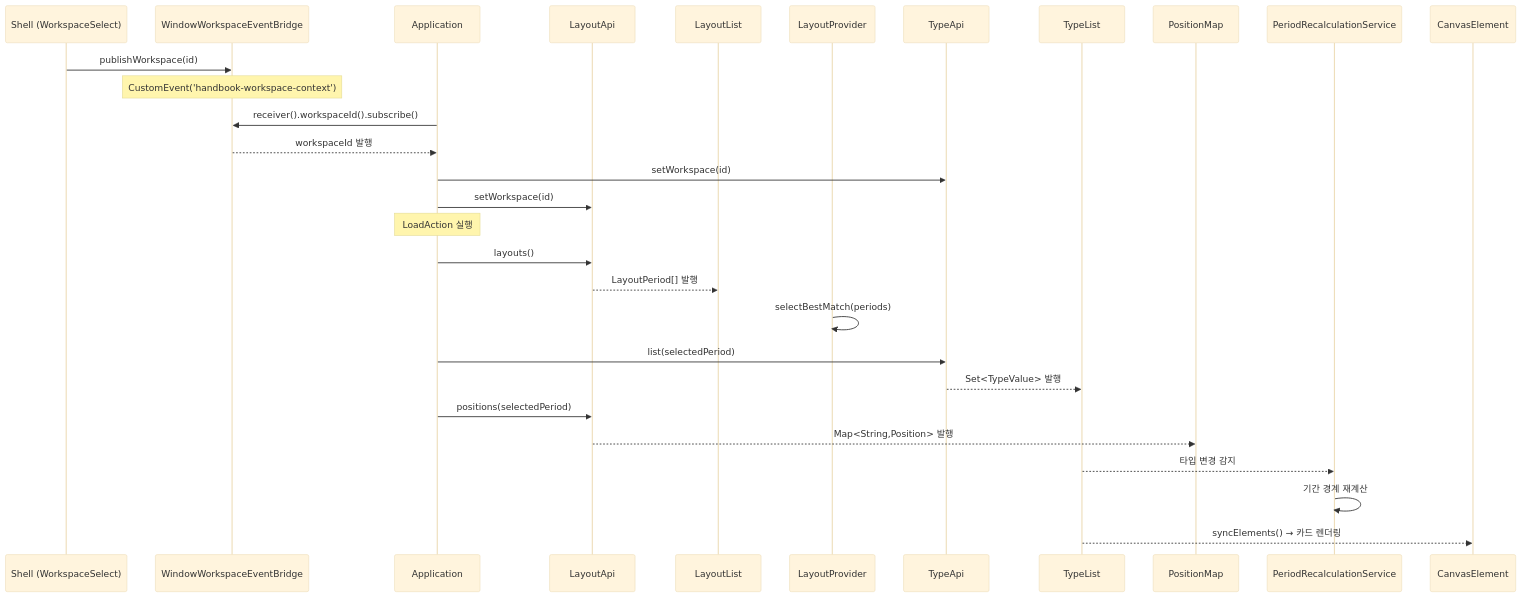
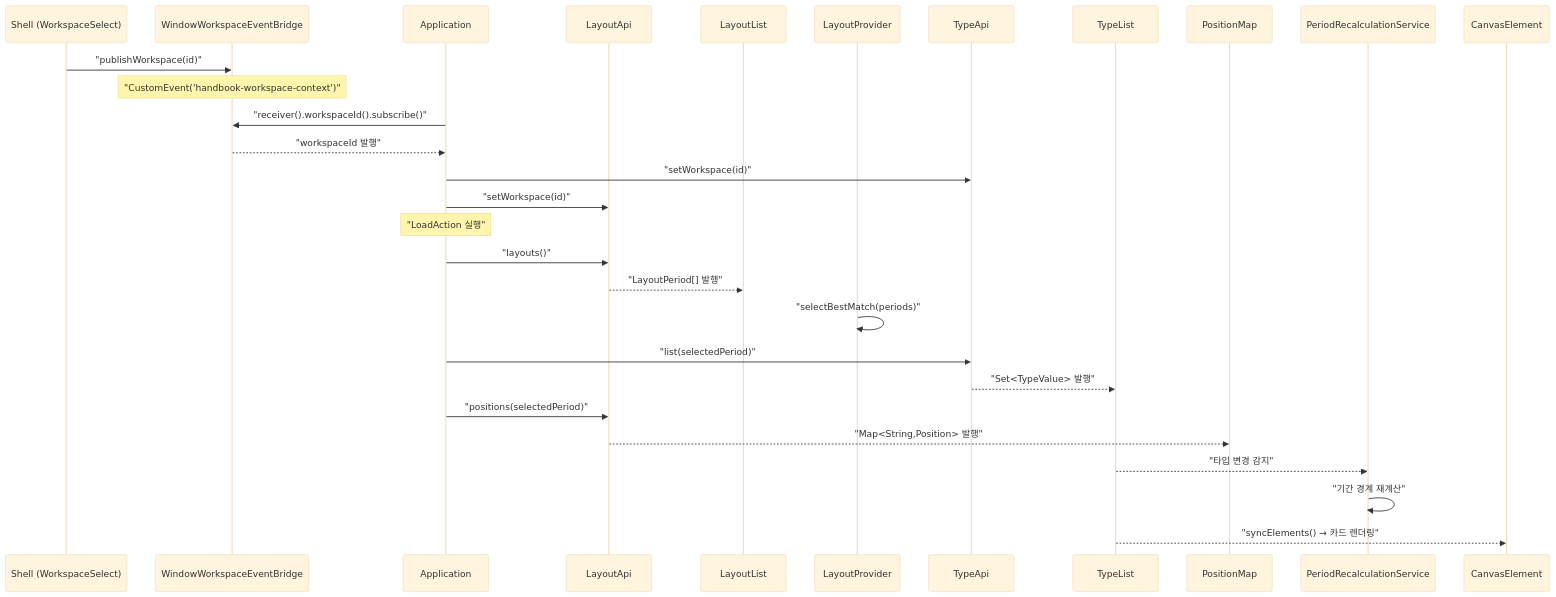
Before and after one commit to sayaya1090/handbook: the fourth of 13 diagrams in type-ui/USECASE.md, drawn with Mermaid (base theme). The commit also changed other lines of this file and 22 other files, not shown here.

First line of the commit message:
docs: Mermaid 다이어그램 렌더링 오류 수정을 위한 구문 전수 교정

````diff
--- a/type-ui/USECASE.md
+++ b/type-ui/USECASE.md
@@ -90,36 +90,36 @@
 ```mermaid
 sequenceDiagram
     participant Shell as Shell (WorkspaceSelect)
     participant Bridge as WindowWorkspaceEventBridge
     participant App as Application
     participant LA as LayoutApi
     participant LL as LayoutList
     participant LP as LayoutProvider
     participant TA as TypeApi
     participant TL as TypeList
     participant PM as PositionMap
     participant PRS as PeriodRecalculationService
     participant Canvas as CanvasElement
 
-    Shell->>Bridge: publishWorkspace(id)
-    Note over Bridge: CustomEvent('handbook-workspace-context')
+    Shell->>Bridge: "publishWorkspace(id)"
+    Note over Bridge: "CustomEvent('handbook-workspace-context')"
     
-    App->>Bridge: receiver().workspaceId().subscribe()
-    Bridge-->>App: workspaceId 발행
+    App->>Bridge: "receiver().workspaceId().subscribe()"
+    Bridge-->>App: "workspaceId 발행"
     
-    App->>TA: setWorkspace(id)
-    App->>LA: setWorkspace(id)
+    App->>TA: "setWorkspace(id)"
+    App->>LA: "setWorkspace(id)"
     
-    Note over App: LoadAction 실행
-    App->>LA: layouts()
-    LA-->>LL: LayoutPeriod[] 발행
-    LP->>LP: selectBestMatch(periods)
-    App->>TA: list(selectedPeriod)
-    TA-->>TL: Set<TypeValue> 발행
-    App->>LA: positions(selectedPeriod)
-    LA-->>PM: Map<String,Position> 발행
+    Note over App: "LoadAction 실행"
+    App->>LA: "layouts()"
+    LA-->>LL: "LayoutPeriod[] 발행"
+    LP->>LP: "selectBestMatch(periods)"
+    App->>TA: "list(selectedPeriod)"
+    TA-->>TL: "Set<TypeValue> 발행"
+    App->>LA: "positions(selectedPeriod)"
+    LA-->>PM: "Map<String,Position> 발행"
     
-    TL-->>PRS: 타입 변경 감지
-    PRS->>PRS: 기간 경계 재계산
-    TL-->>Canvas: syncElements() → 카드 렌더링
+    TL-->>PRS: "타입 변경 감지"
+    PRS->>PRS: "기간 경계 재계산"
+    TL-->>Canvas: "syncElements() → 카드 렌더링"
 ```
````
